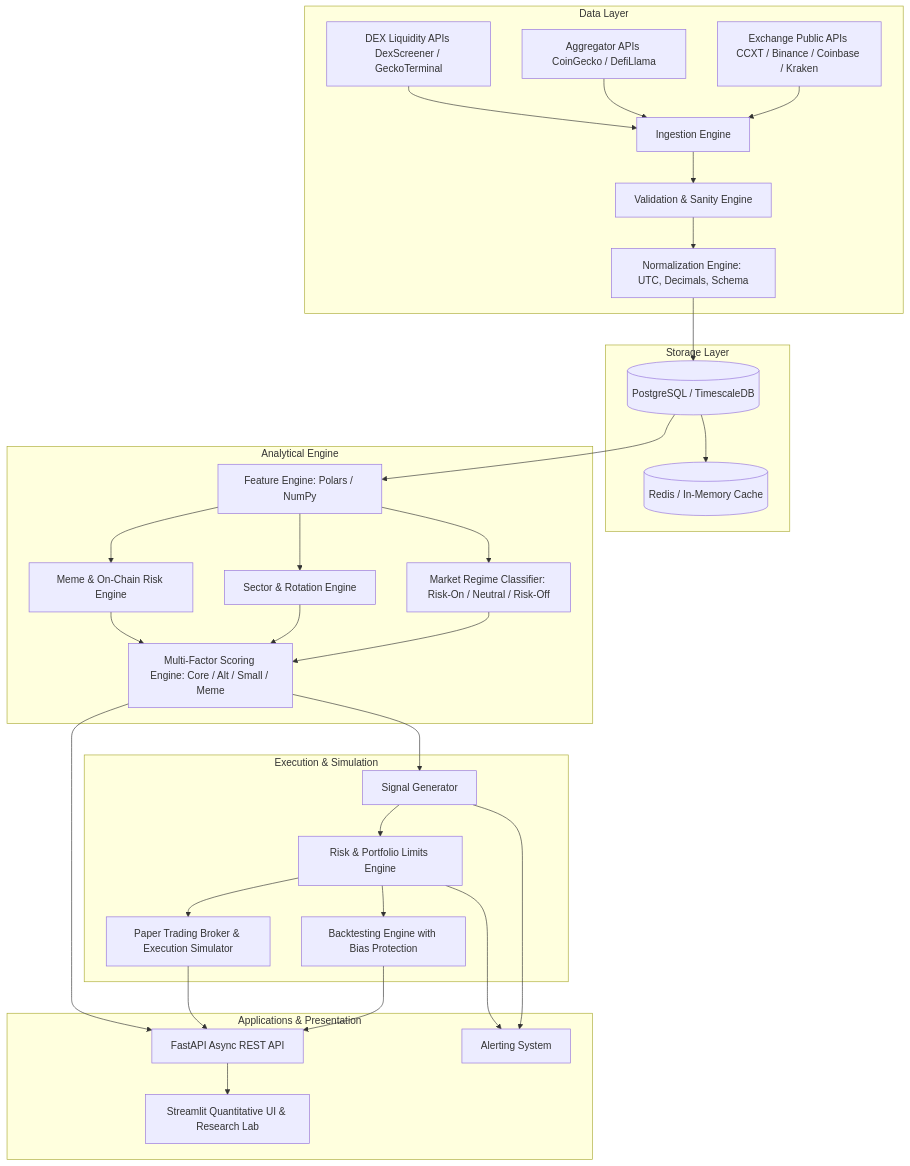
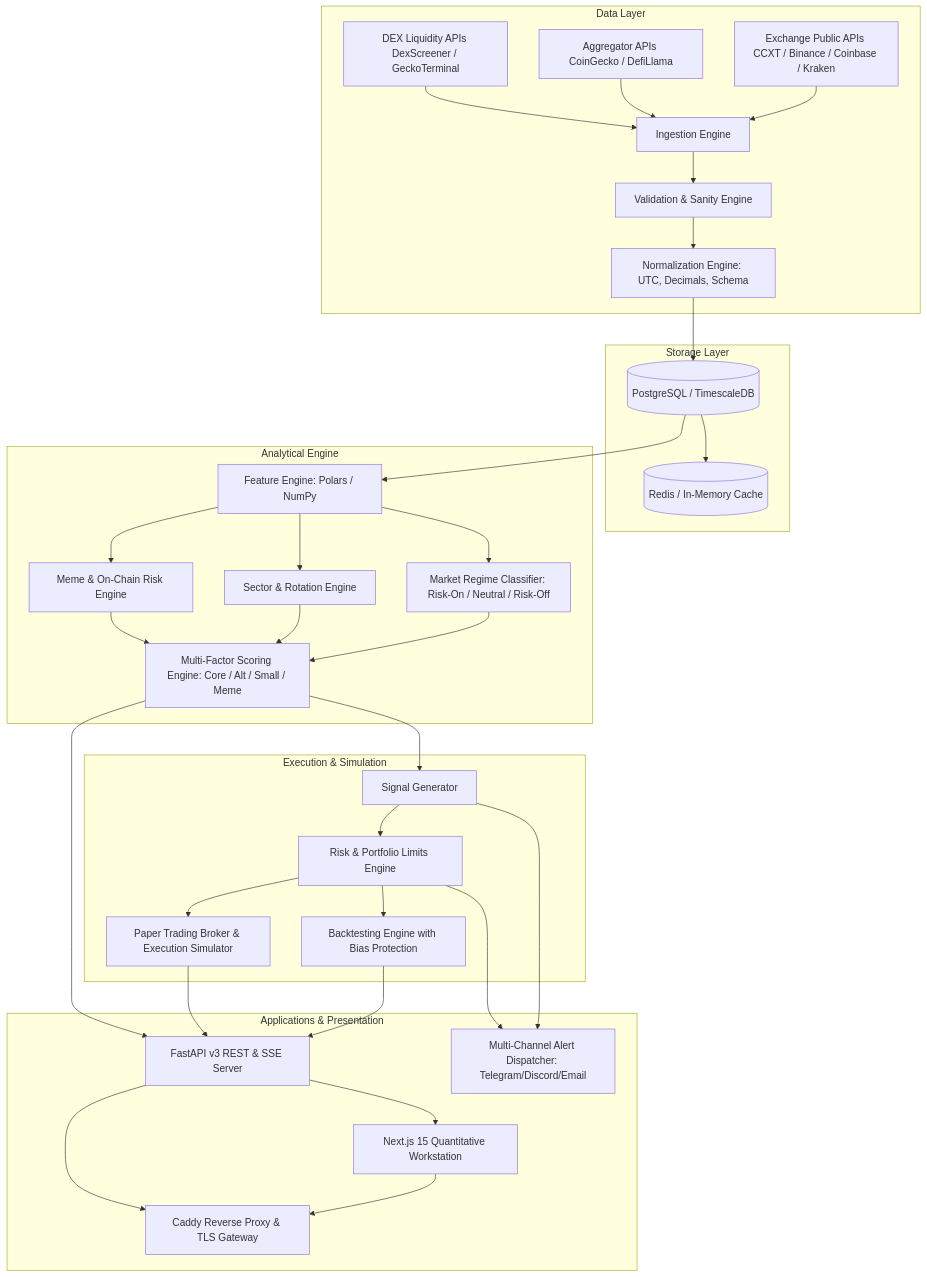
One commit to MuthuvelMukesh/CRYPTO- changed the first of 3 diagrams in docs/architecture/ARCHITECTURE_SPEC.md. Above: the diagram before and after it, drawn with Mermaid. The commit also changed other lines of this file and 21 other files, not shown here.

Commit message:
feat(phase9): retire legacy dashboard, add web container to compose, modernize research notebooks, and update v3.0 docs

````diff
--- a/docs/architecture/ARCHITECTURE_SPEC.md
+++ b/docs/architecture/ARCHITECTURE_SPEC.md
@@ -18,36 +18,37 @@
 ```mermaid
 flowchart TD
     subgraph Data Layer
         A1[Exchange Public APIs CCXT / Binance / Coinbase / Kraken] --> Ingest[Ingestion Engine]
         A2[Aggregator APIs CoinGecko / DefiLlama] --> Ingest
         A3[DEX Liquidity APIs DexScreener / GeckoTerminal] --> Ingest
         Ingest --> Val[Validation & Sanity Engine]
         Val --> Norm[Normalization Engine: UTC, Decimals, Schema]
     end
 
     subgraph Storage Layer
         Norm --> RawDB[(PostgreSQL / TimescaleDB)]
         RawDB --> Cache[(Redis / In-Memory Cache)]
     end
 
     subgraph Analytical Engine
         RawDB --> Feat[Feature Engine: Polars / NumPy]
         Feat --> Regime[Market Regime Classifier: Risk-On / Neutral / Risk-Off]
         Feat --> Sector[Sector & Rotation Engine]
         Feat --> MemeEng[Meme & On-Chain Risk Engine]
         Regime & Sector & MemeEng --> Scoring[Multi-Factor Scoring Engine: Core / Alt / Small / Meme]
     end
 
     subgraph Execution & Simulation
         Scoring --> Signals[Signal Generator]
         Signals --> Risk[Risk & Portfolio Limits Engine]
         Risk --> Backtest[Backtesting Engine with Bias Protection]
         Risk --> Paper[Paper Trading Broker & Execution Simulator]
     end
 
     subgraph Applications & Presentation
-        Backtest & Paper & Scoring --> API[FastAPI Async REST API]
-        API --> Dashboard[Streamlit Quantitative UI & Research Lab]
-        Signals & Risk --> Alerts[Alerting System]
+        Backtest & Paper & Scoring --> API[FastAPI v3 REST & SSE Server]
+        API --> Web[Next.js 15 Quantitative Workstation]
+        Signals & Risk --> Alerts[Multi-Channel Alert Dispatcher: Telegram/Discord/Email]
+        Web & API --> Caddy[Caddy Reverse Proxy & TLS Gateway]
     end
 ```
````
